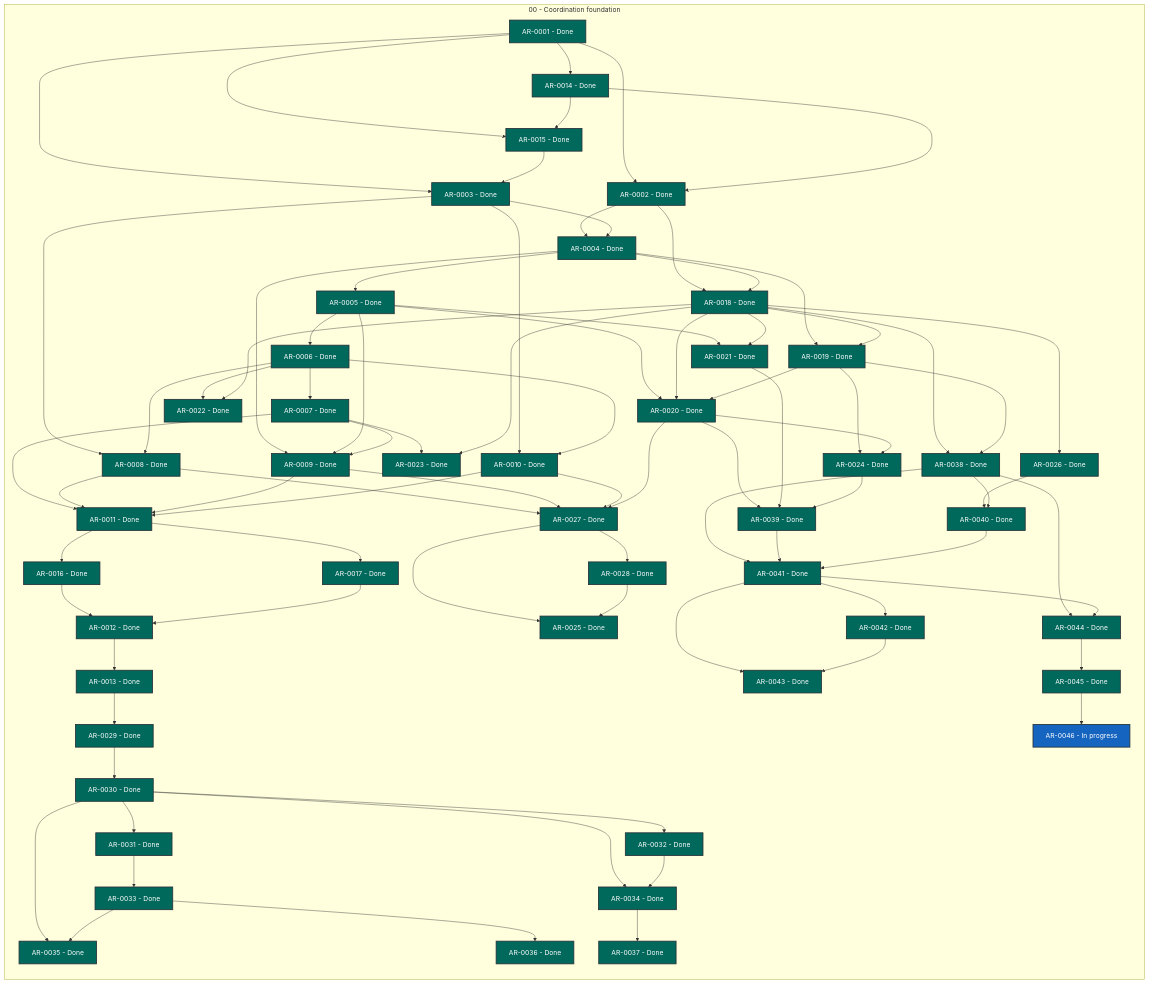
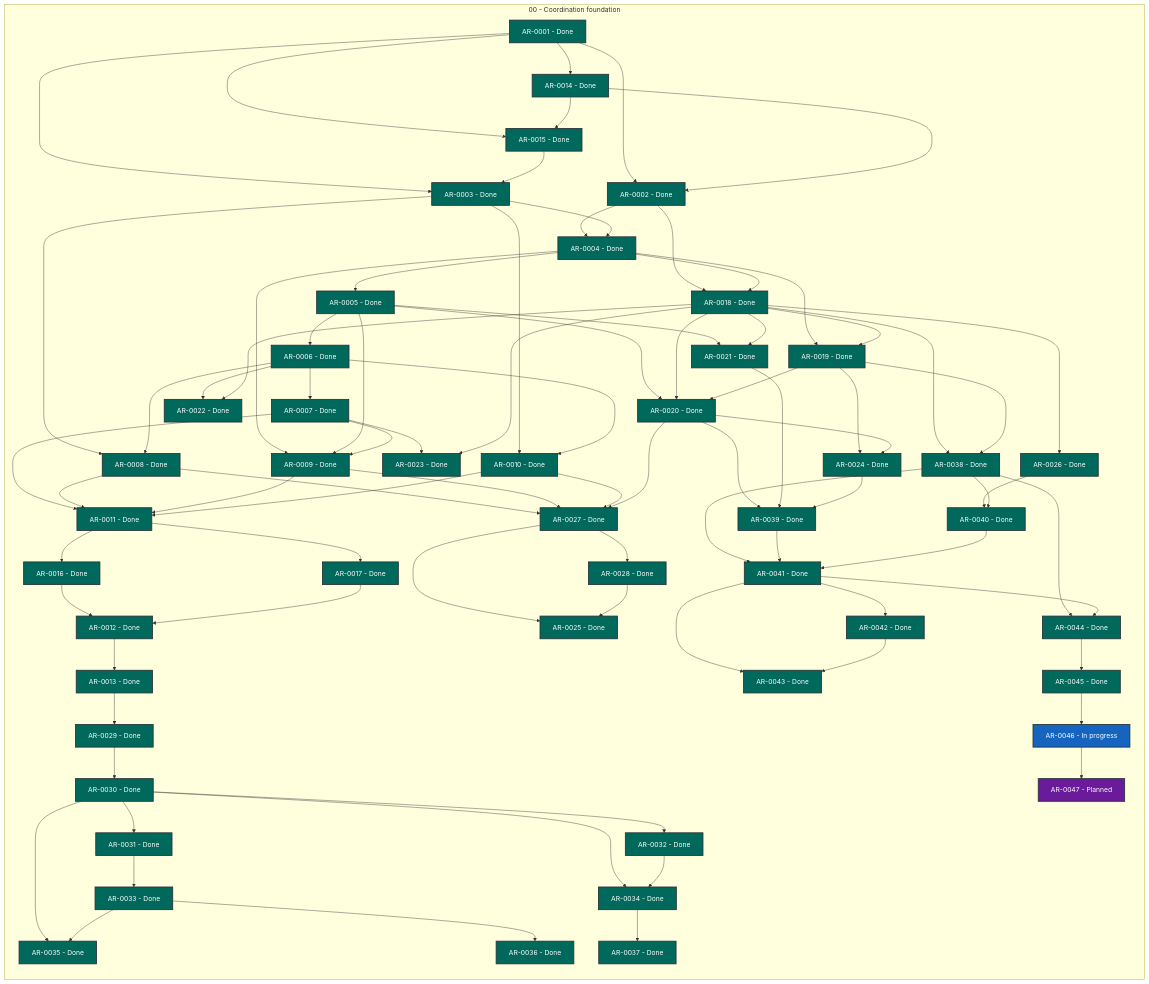
Before and after one commit to martin-beck/agent-workflow-tui-state: the diagram in STATUS.md, drawn with Mermaid. The commit also changed other lines of this file and 3 other files, not shown here.

```diff
--- a/STATUS.md
+++ b/STATUS.md
@@ -74,6 +74,7 @@
         AR_0044["AR-0044 - Done"]:::status_done
         AR_0045["AR-0045 - Done"]:::status_done
         AR_0046["AR-0046 - In progress"]:::status_in_progress
+        AR_0047["AR-0047 - Planned"]:::status_planned
     end
     AR_0001 --> AR_0002
     AR_0001 --> AR_0003
@@ -154,6 +155,7 @@
     AR_0042 --> AR_0043
     AR_0044 --> AR_0045
     AR_0045 --> AR_0046
+    AR_0046 --> AR_0047
     classDef status_in_progress fill:#1565c0,color:#ffffff,stroke:#263238,stroke-width:2px
     classDef status_open fill:#2e7d32,color:#ffffff,stroke:#263238,stroke-width:2px
     classDef status_blocked fill:#c62828,color:#ffffff,stroke:#263238,stroke-width:2px
```
